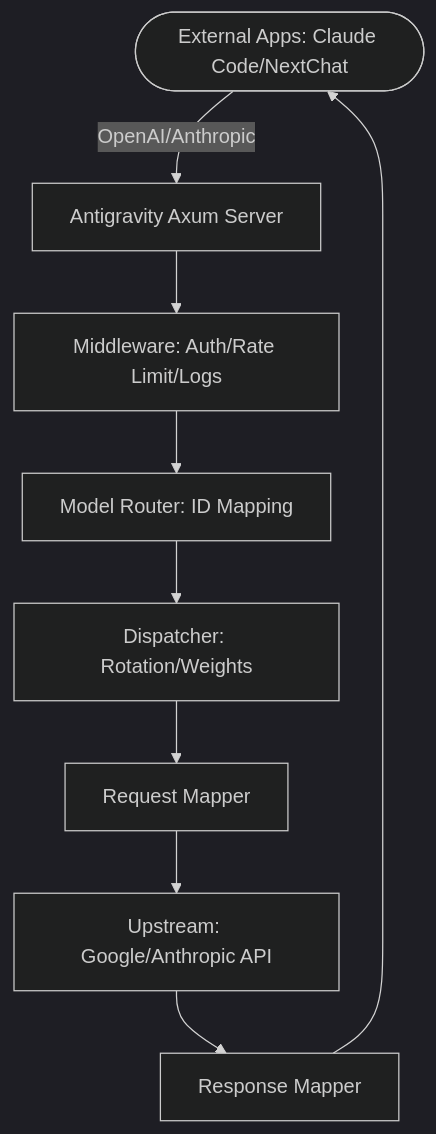
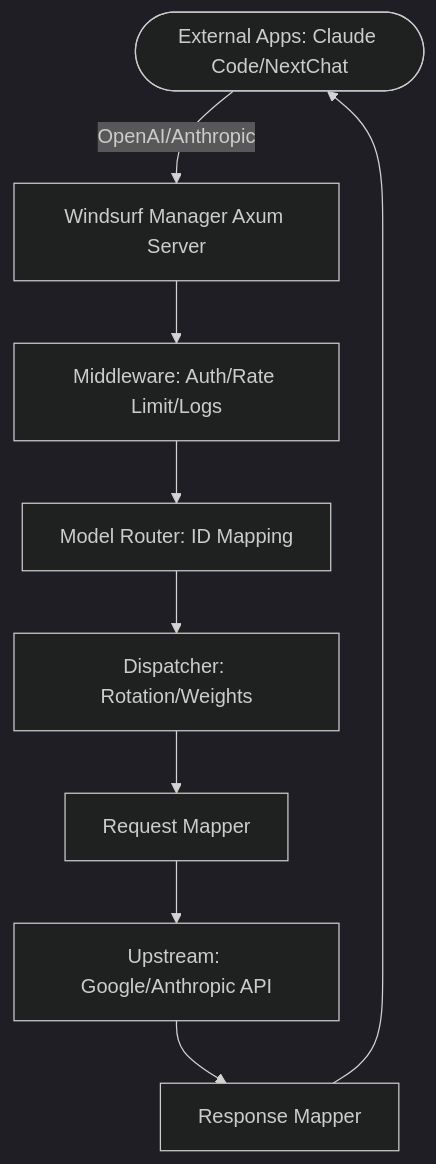
Before and after one commit to Irfansangjuara/windsurf-manager: the diagram in README.md, drawn with Mermaid (dark theme). The commit also changed other lines of this file and 26 other files, not shown here.

Commit message:
Rebrand and harden Windsurf Manager

````diff
--- a/README.md
+++ b/README.md
@@ -111,11 +111,11 @@
 ```mermaid
 graph TD
-    Client([External Apps: Claude Code/NextChat]) -->|OpenAI/Anthropic| Gateway[Antigravity Axum Server]
+    Client([External Apps: Claude Code/NextChat]) -->|OpenAI/Anthropic| Gateway[Windsurf Manager Axum Server]
     Gateway --> Middleware[Middleware: Auth/Rate Limit/Logs]
     Middleware --> Router[Model Router: ID Mapping]
     Router --> Dispatcher[Dispatcher: Rotation/Weights]
     Dispatcher --> Mapper[Request Mapper]
     Mapper --> Upstream[Upstream: Google/Anthropic API]
     Upstream --> ResponseMapper[Response Mapper]
     ResponseMapper --> Client
 ```
````
